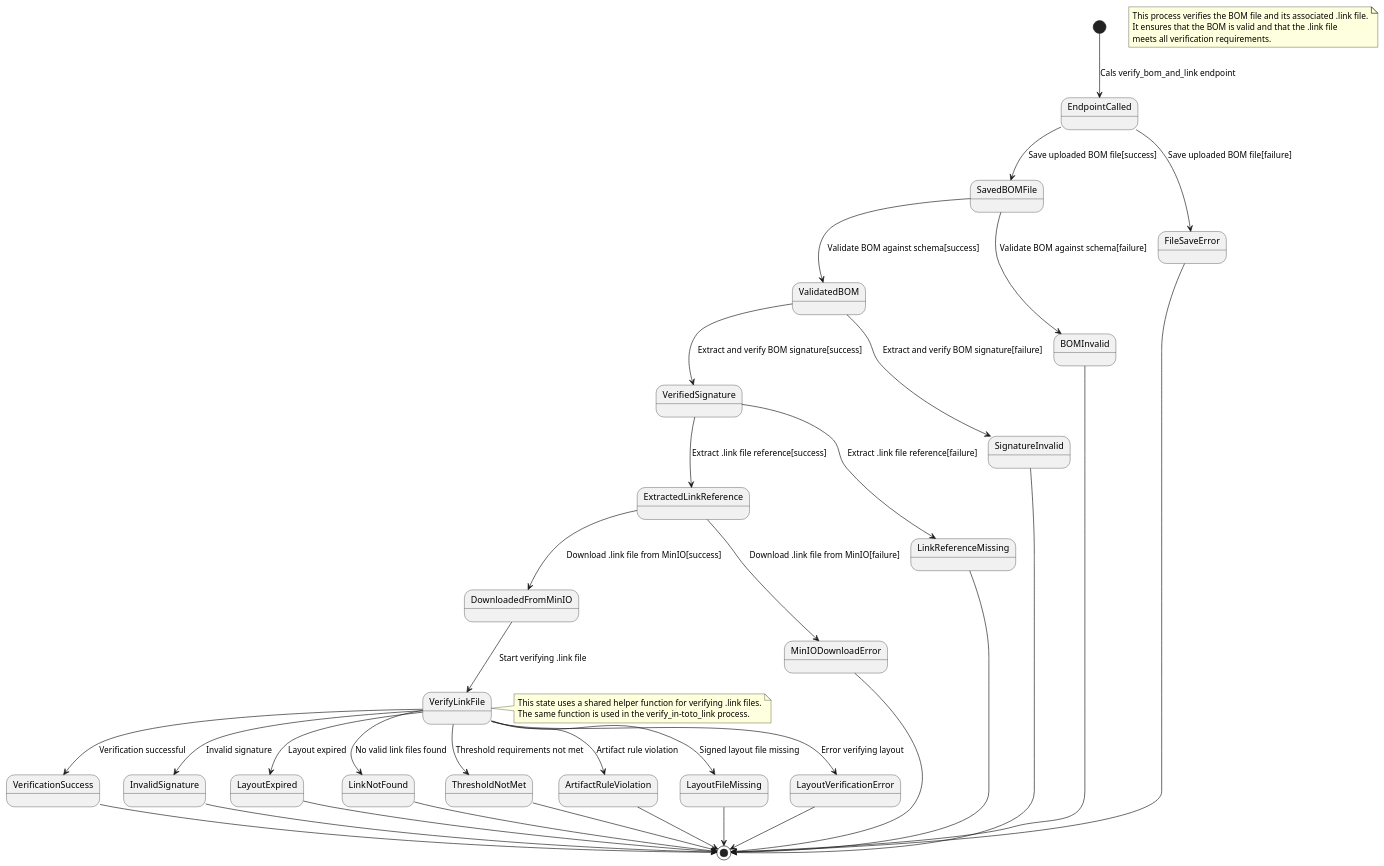
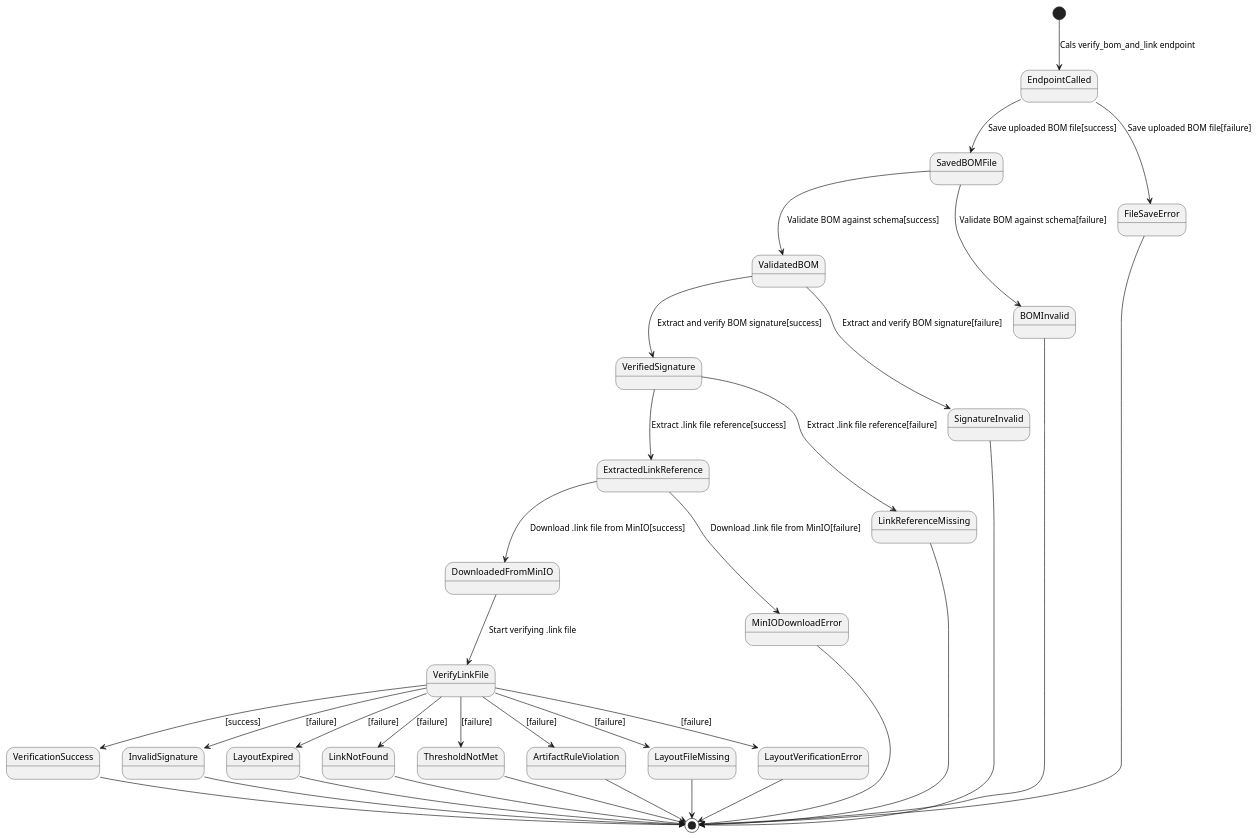
Before and after one commit to wiebe-vandendriessche/AIBoMGen: the diagram in docs/diagrams/state/state_verify_bom_and_link.puml, drawn with PlantUML. The commit also changed 9 other files, not shown here.

Commit message:
make diagrams without the notes (not readable in thesis)

```diff
--- a/docs/diagrams/state/state_verify_bom_and_link.puml
+++ b/docs/diagrams/state/state_verify_bom_and_link.puml
@@ -1,55 +1,44 @@
 @startuml state_verify_bom_and_link
-
-note as N1
-This process verifies the BOM file and its associated .link file.
-It ensures that the BOM is valid and that the .link file
-meets all verification requirements.
-end note
 
 [*] --> EndpointCalled : Cals verify_bom_and_link endpoint
 EndpointCalled --> SavedBOMFile : Save uploaded BOM file[success]
 EndpointCalled --> FileSaveError : Save uploaded BOM file[failure]
 
 SavedBOMFile --> ValidatedBOM : Validate BOM against schema[success]
 SavedBOMFile --> BOMInvalid : Validate BOM against schema[failure]
 ValidatedBOM --> VerifiedSignature : Extract and verify BOM signature[success]
 ValidatedBOM --> SignatureInvalid : Extract and verify BOM signature[failure]
 VerifiedSignature --> ExtractedLinkReference : Extract .link file reference[success]
 VerifiedSignature --> LinkReferenceMissing : Extract .link file reference[failure]
 ExtractedLinkReference --> DownloadedFromMinIO : Download .link file from MinIO[success]
 ExtractedLinkReference --> MinIODownloadError : Download .link file from MinIO[failure]
 DownloadedFromMinIO --> VerifyLinkFile : Start verifying .link file
 
-VerifyLinkFile --> VerificationSuccess : Verification successful
-VerifyLinkFile --> InvalidSignature : Invalid signature
-VerifyLinkFile --> LayoutExpired : Layout expired
-VerifyLinkFile --> LinkNotFound : No valid link files found
-VerifyLinkFile --> ThresholdNotMet : Threshold requirements not met
-VerifyLinkFile --> ArtifactRuleViolation : Artifact rule violation
-VerifyLinkFile --> LayoutFileMissing : Signed layout file missing
-VerifyLinkFile --> LayoutVerificationError : Error verifying layout
-
-note right of VerifyLinkFile
-This state uses a shared helper function for verifying .link files.
-The same function is used in the verify_in-toto_link process.
-end note
+VerifyLinkFile --> VerificationSuccess : [success]
+VerifyLinkFile --> InvalidSignature : [failure]
+VerifyLinkFile --> LayoutExpired : [failure]
+VerifyLinkFile --> LinkNotFound : [failure]
+VerifyLinkFile --> ThresholdNotMet : [failure]
+VerifyLinkFile --> ArtifactRuleViolation :[failure]
+VerifyLinkFile --> LayoutFileMissing : [failure]
+VerifyLinkFile --> LayoutVerificationError : [failure]
 
 FileSaveError --> [*]
 BOMInvalid --> [*]
 SignatureInvalid --> [*]
 LinkReferenceMissing --> [*]
 MinIODownloadError --> [*]
 
 
 VerificationSuccess --> [*]
 InvalidSignature --> [*]
 LayoutExpired --> [*]
 LinkNotFound --> [*]
 ThresholdNotMet --> [*]
 ArtifactRuleViolation --> [*]
 LayoutFileMissing --> [*]
 LayoutVerificationError --> [*]
 
 
 
 @enduml
```
